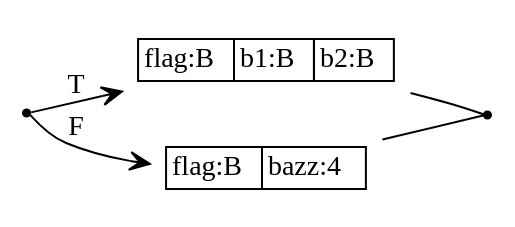
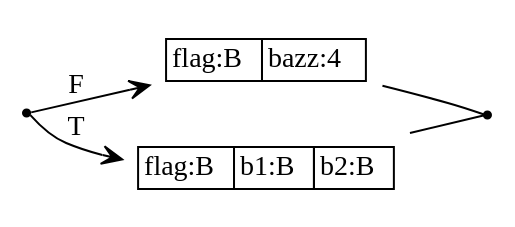
The diagram in src/predunion/simple/predunion-simple-spec.dot (sireum/bitcodec-examples), drawn with Graphviz before and after one commit. The commit also changed 23 other files, not shown here.

```diff
--- a/src/predunion/simple/predunion-simple-spec.dot
+++ b/src/predunion/simple/predunion-simple-spec.dot
@@ -1,23 +1,23 @@
 digraph G {
   rankdir = LR;
   node [shape=plaintext];
   edge [arrowhead=vee];
 
   n0 [shape=point];
   n1 [label=<
-    <TABLE BORDER="0" CELLBORDER="1" CELLSPACING="0" TOOLTIP="Foo.baz.0" HREF="#">
-      <TR><TD>flag:B</TD><TD>b1:B</TD><TD>b2:B</TD></TR>
+    <TABLE BORDER="0" CELLBORDER="1" CELLSPACING="0" TOOLTIP="Foo.bazz" HREF="#">
+      <TR><TD>flag:B</TD><TD>bazz:4</TD></TR>
     </TABLE>
   >];
   n2 [label=<
-    <TABLE BORDER="0" CELLBORDER="1" CELLSPACING="0" TOOLTIP="Foo.bazz.0" HREF="#">
-      <TR><TD>flag:B</TD><TD>bazz:4</TD></TR>
+    <TABLE BORDER="0" CELLBORDER="1" CELLSPACING="0" TOOLTIP="Foo.baz" HREF="#">
+      <TR><TD>flag:B</TD><TD>b1:B</TD><TD>b2:B</TD></TR>
     </TABLE>
   >];
   n3 [shape=point];
 
-  n0 -> n1 [label="T"];
-  n0 -> n2 [label="F"];
+  n0 -> n1 [label="F"];
+  n0 -> n2 [label="T"];
   n1 -> n3 [arrowhead=none];
   n2 -> n3 [arrowhead=none];
 }
```
